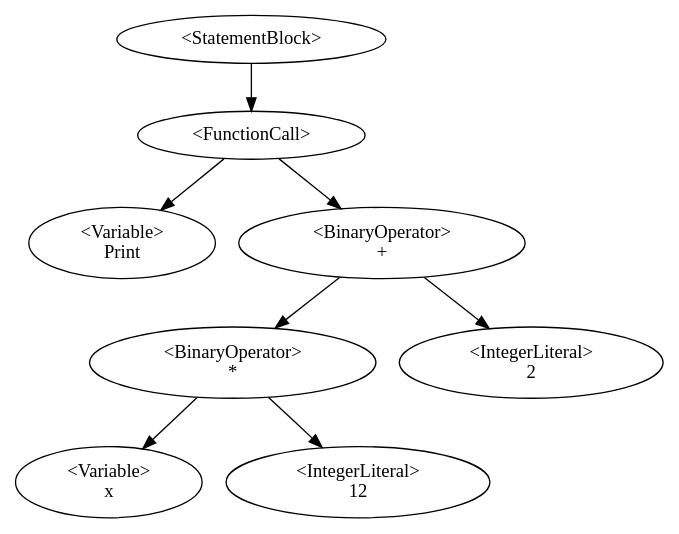
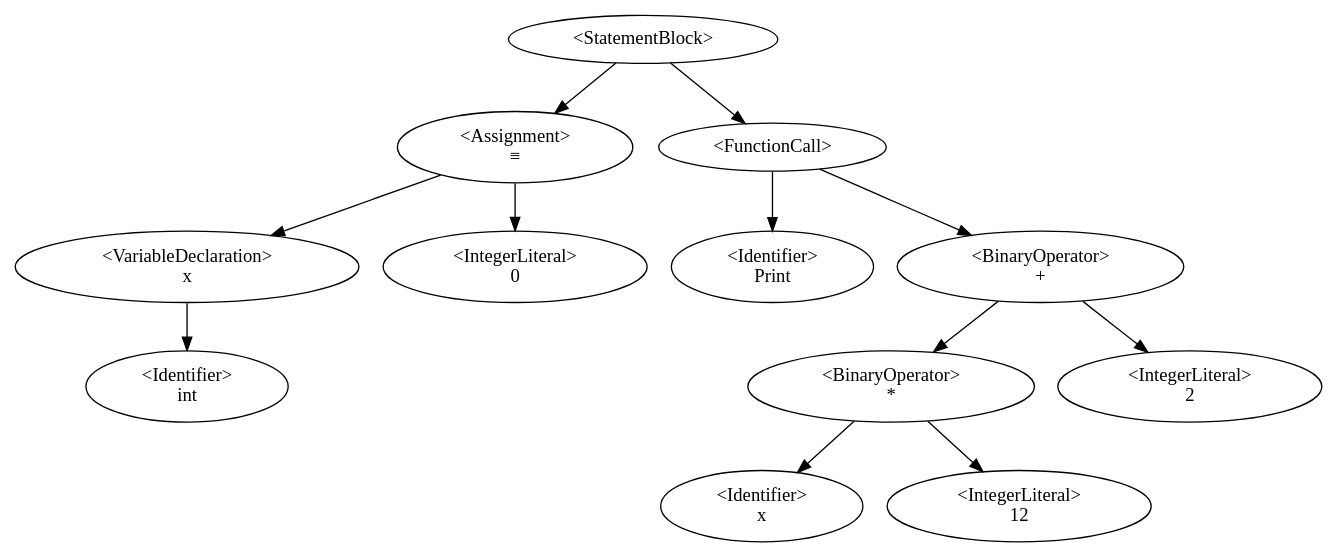
Before and after one commit to QazmoQwerty/dino: the diagram in Dino/Dino/AstDisplay.gv, drawn with Graphviz. The commit also changed 8 other files, not shown here.

```diff
--- a/Dino/Dino/AstDisplay.gv
+++ b/Dino/Dino/AstDisplay.gv
@@ -1,10 +1,14 @@
 digraph G {
-0 [label="<StatementBlock>"];0->2;
-2 [label="<FunctionCall>\n"];2->1;2->6;
-1 [label="<Variable>\nPrint"];
-6 [label="<BinaryOperator>\n+"];6->4;6->7;
-4 [label="<BinaryOperator>\n*"];4->3;4->5;
-3 [label="<Variable>\nx"];
-5 [label="<IntegerLiteral>\n12"];
-7 [label="<IntegerLiteral>\n2"];
+0 [label="<StatementBlock>"];0->3;0->6;
+3 [label="<Assignment>\n≡"];3->2;3->4;
+2 [label="<VariableDeclaration>\nx"];2->1;
+1 [label="<Identifier>\nint"];
+4 [label="<IntegerLiteral>\n0"];
+6 [label="<FunctionCall>\n"];6->5;6->10;
+5 [label="<Identifier>\nPrint"];
+10 [label="<BinaryOperator>\n+"];10->8;10->11;
+8 [label="<BinaryOperator>\n*"];8->7;8->9;
+7 [label="<Identifier>\nx"];
+9 [label="<IntegerLiteral>\n12"];
+11 [label="<IntegerLiteral>\n2"];
 }
```
